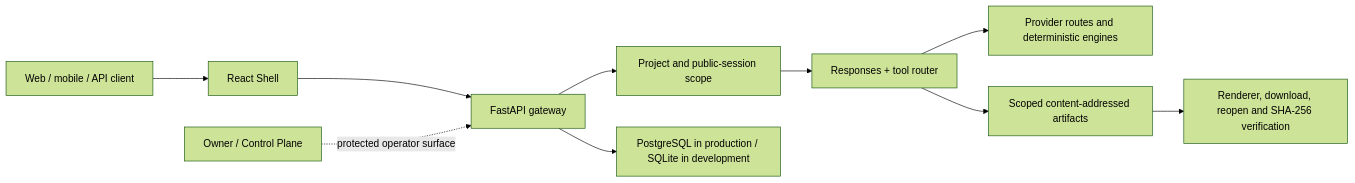
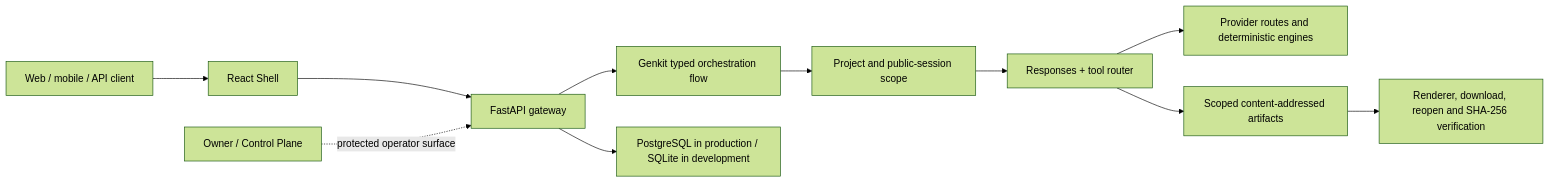
The diagram in README.md (rd8r8bkd9m-tech/kolibri-ai-platform), drawn with Mermaid (forest theme) before and after one commit. The commit also changed other lines of this file and 17 other files, not shown here.

Commit message:
feat(shell): add quiet chat workspace and Genkit flow

````diff
--- a/README.md
+++ b/README.md
@@ -72,12 +72,13 @@
 ```mermaid
 flowchart LR
     U["Web / mobile / API client"] --> S["React Shell"]
     S --> B["FastAPI gateway"]
-    B --> P["Project and public-session scope"]
+    B --> G["Genkit typed orchestration flow"]
+    G --> P["Project and public-session scope"]
     P --> R["Responses + tool router"]
     R --> V["Provider routes and deterministic engines"]
     R --> A["Scoped content-addressed artifacts"]
     B --> D["PostgreSQL in production / SQLite in development"]
     A --> C["Renderer, download, reopen and SHA-256 verification"]
     O["Owner / Control Plane"] -. protected operator surface .-> B
 ```
````
